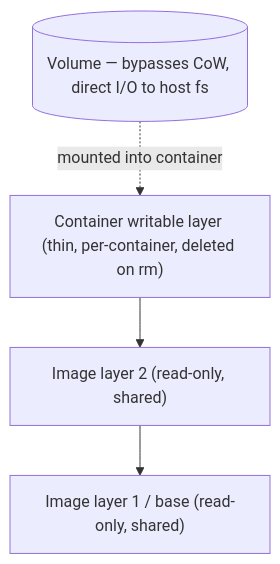
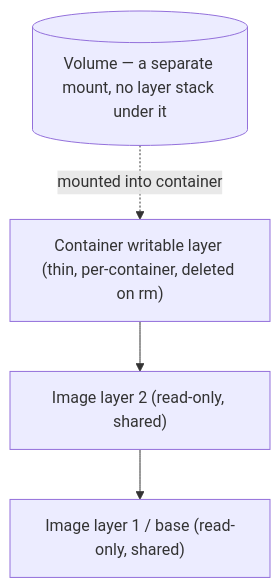
Before and after one commit to PaulSayantan/grokking-interview: the diagram in topics/docker/volumes-and-storage/concepts.md, drawn with Mermaid. The commit also changed other lines of this file and 3 other files, not shown here.

````diff
--- a/topics/docker/volumes-and-storage/concepts.md
+++ b/topics/docker/volumes-and-storage/concepts.md
@@ -62,7 +96,7 @@
 ```mermaid
 flowchart TD
   RW["Container writable layer (thin, per-container, deleted on rm)"] --> L2
   L2["Image layer 2 (read-only, shared)"] --> L1
   L1["Image layer 1 / base (read-only, shared)"]
-  V[("Volume — bypasses CoW, direct I/O to host fs")] -.mounted into container.-> RW
+  V[("Volume — a separate mount, no layer stack under it")] -.mounted into container.-> RW
 ```
````
